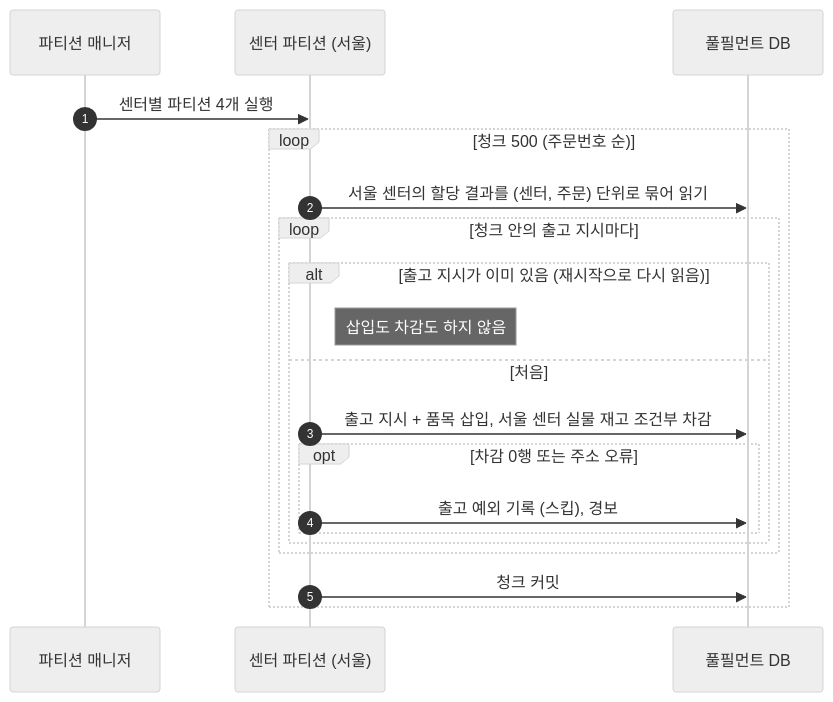
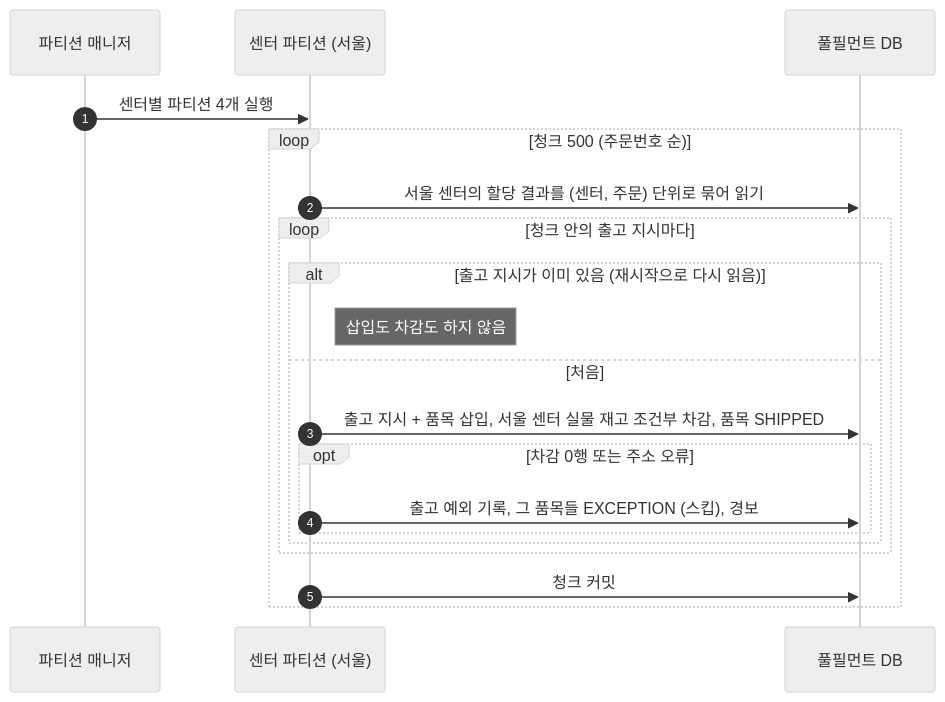
Before and after one commit to Bamdule/dawn-delivery-commerce: the fifth of 6 diagrams in docs/sequence/05-출고-배치.md, drawn with Mermaid (neutral theme). The commit also changed other lines of this file and 16 other files, not shown here.

````diff
--- a/docs/sequence/05-출고-배치.md
+++ b/docs/sequence/05-출고-배치.md
@@ -132,23 +132,23 @@
 ```mermaid
 sequenceDiagram
     autonumber
     participant 매니저 as 파티션 매니저
     participant 파티션 as 센터 파티션 (서울)
     participant DB as 풀필먼트 DB
 
     매니저->>파티션: 센터별 파티션 4개 실행
     loop 청크 500 (주문번호 순)
         파티션->>DB: 서울 센터의 할당 결과를 (센터, 주문) 단위로 묶어 읽기
         loop 청크 안의 출고 지시마다
             alt 출고 지시가 이미 있음 (재시작으로 다시 읽음)
                 Note right of 파티션: 삽입도 차감도 하지 않음
             else 처음
-                파티션->>DB: 출고 지시 + 품목 삽입, 서울 센터 실물 재고 조건부 차감
+                파티션->>DB: 출고 지시 + 품목 삽입, 서울 센터 실물 재고 조건부 차감, 품목 SHIPPED
                 opt 차감 0행 또는 주소 오류
-                    파티션->>DB: 출고 예외 기록 (스킵), 경보
+                    파티션->>DB: 출고 예외 기록, 그 품목들 EXCEPTION (스킵), 경보
                 end
             end
         end
         파티션->>DB: 청크 커밋
     end
 ```
````
